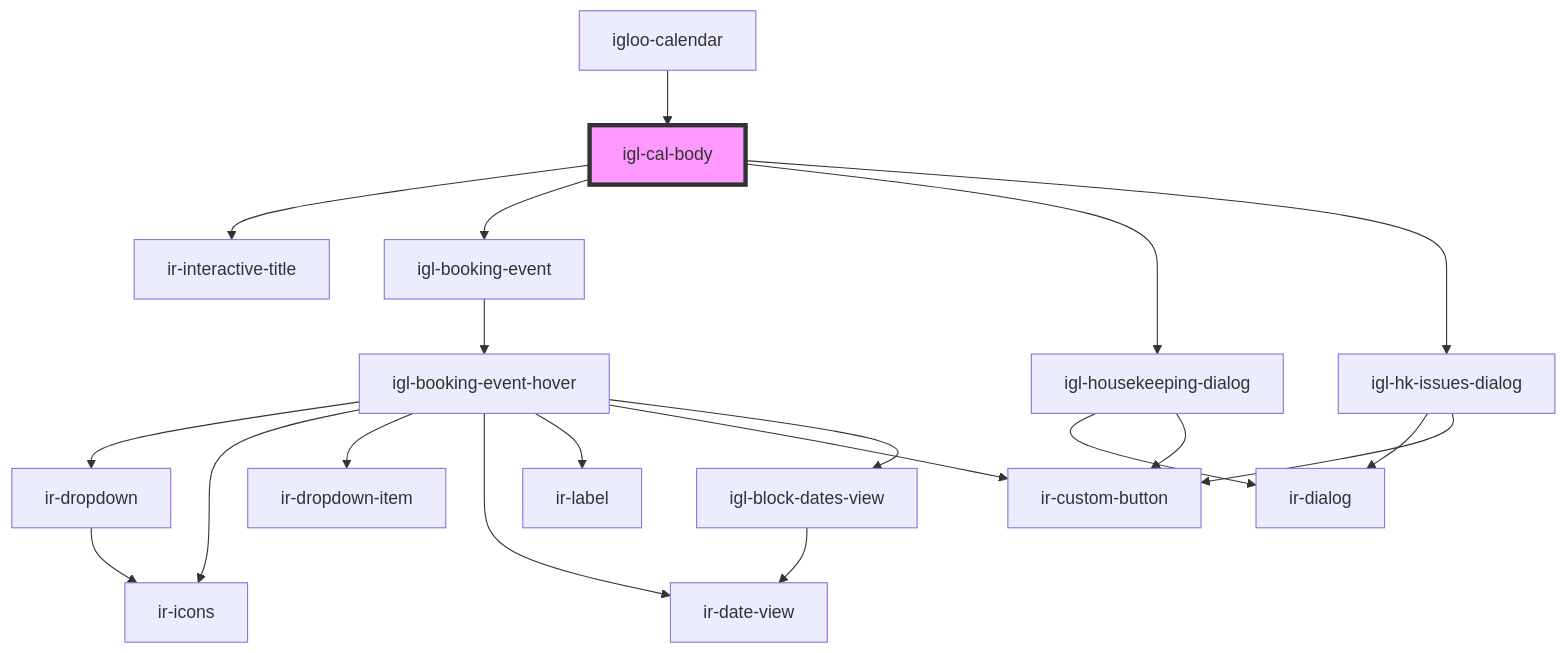
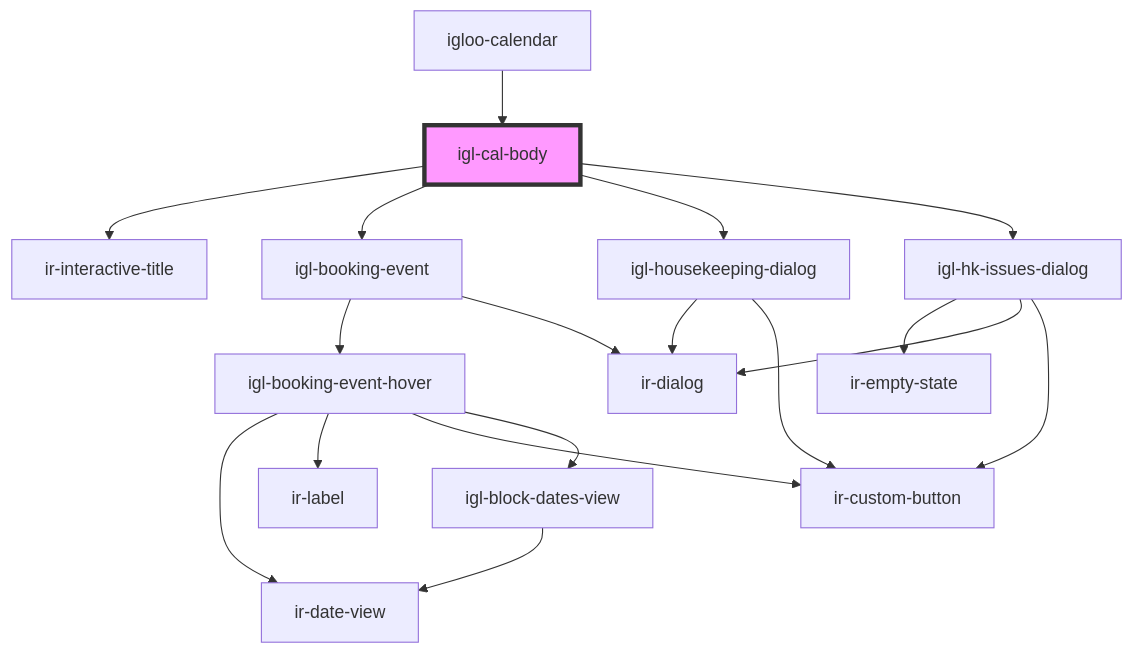
Before and after one commit to RonyRizk/ir-webcmp: the diagram in src/components/igloo-calendar/igl-cal-body/readme.md, drawn with Mermaid. The commit also changed 857 other files, not shown here.

````diff
--- a/src/components/igloo-calendar/igl-cal-body/readme.md
+++ b/src/components/igloo-calendar/igl-cal-body/readme.md
@@ -46,23 +46,21 @@
 ```mermaid
 graph TD;
   igl-cal-body --> ir-interactive-title
   igl-cal-body --> igl-booking-event
   igl-cal-body --> igl-housekeeping-dialog
   igl-cal-body --> igl-hk-issues-dialog
   igl-booking-event --> igl-booking-event-hover
-  igl-booking-event-hover --> ir-dropdown
-  igl-booking-event-hover --> ir-icons
-  igl-booking-event-hover --> ir-dropdown-item
+  igl-booking-event --> ir-dialog
   igl-booking-event-hover --> ir-date-view
   igl-booking-event-hover --> ir-label
   igl-booking-event-hover --> ir-custom-button
   igl-booking-event-hover --> igl-block-dates-view
-  ir-dropdown --> ir-icons
   igl-block-dates-view --> ir-date-view
   igl-housekeeping-dialog --> ir-dialog
   igl-housekeeping-dialog --> ir-custom-button
+  igl-hk-issues-dialog --> ir-empty-state
   igl-hk-issues-dialog --> ir-dialog
   igl-hk-issues-dialog --> ir-custom-button
   igloo-calendar --> igl-cal-body
   style igl-cal-body fill:#f9f,stroke:#333,stroke-width:4px
 ```
````
